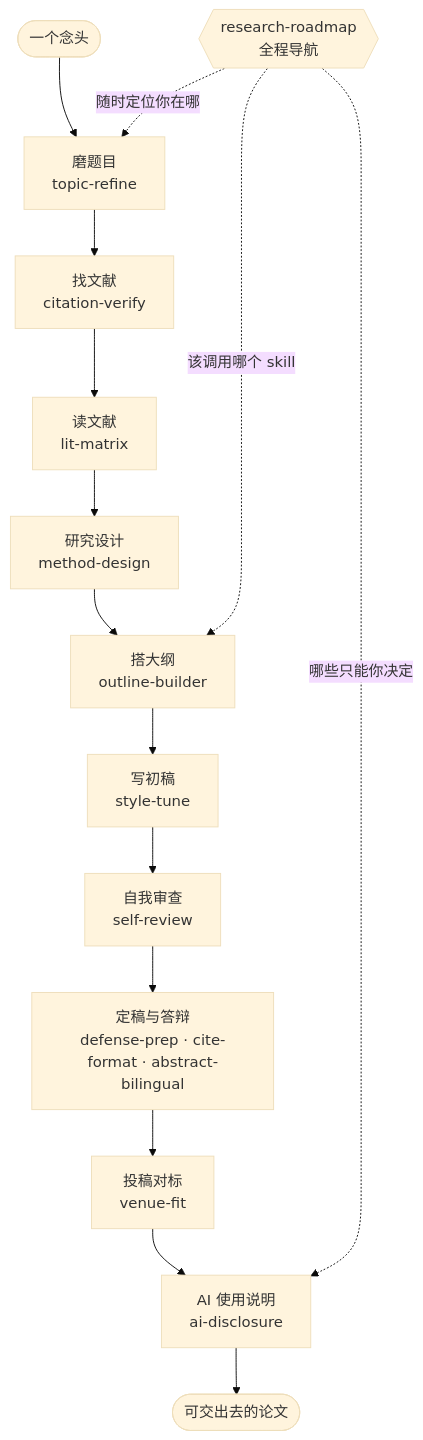
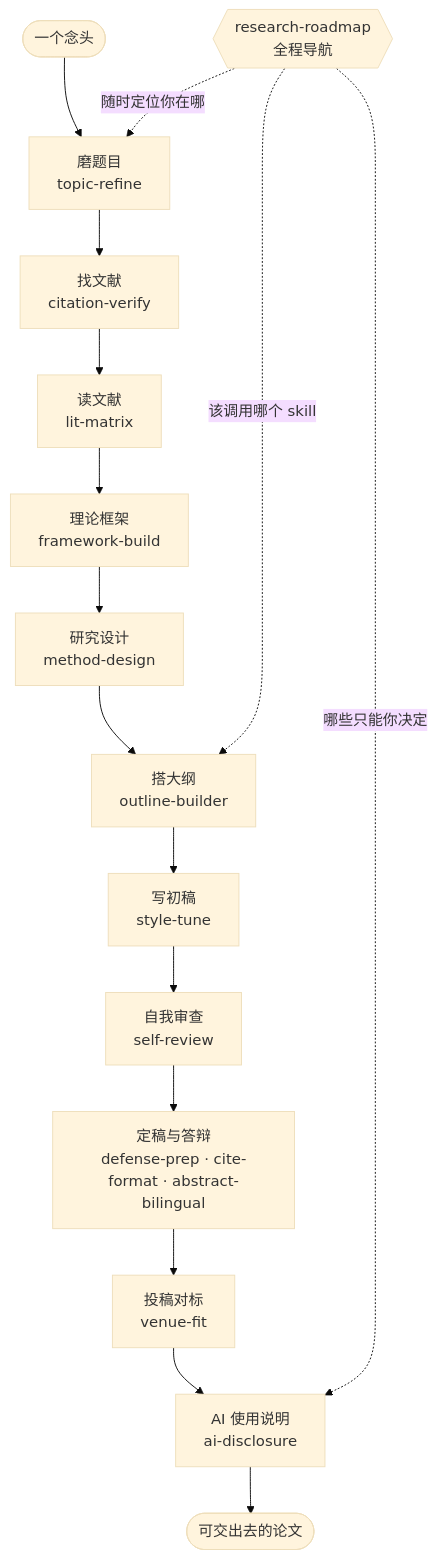
Before and after one commit to DylanChiang-Dev/liberal-arts-research-skills: the diagram in README.zh-CN.md, drawn with Mermaid (base theme). The commit also changed other lines of this file and 3 other files, not shown here.

Commit message:
docs: 四份 README 接入 framework-build（13→14）

````diff
--- a/README.zh-CN.md
+++ b/README.zh-CN.md
@@ -50,17 +50,18 @@
 ```mermaid
 flowchart TD
     Start([一个念头]) --> S1[磨题目<br/>topic-refine]
     S1 --> S2[找文献<br/>citation-verify]
     S2 --> S3[读文献<br/>lit-matrix]
-    S3 --> S4[研究设计<br/>method-design]
+    S3 --> SF[理论框架<br/>framework-build]
+    SF --> S4[研究设计<br/>method-design]
     S4 --> S5[搭大纲<br/>outline-builder]
     S5 --> S6[写初稿<br/>style-tune]
     S6 --> S7[自我审查<br/>self-review]
     S7 --> S8[定稿与答辩<br/>defense-prep · cite-format · abstract-bilingual]
     S8 --> S9[投稿对标<br/>venue-fit]
     S9 --> S10[AI 使用说明<br/>ai-disclosure]
     S10 --> End([可交出去的论文])
     RM{{research-roadmap<br/>全程导航}} -.随时定位你在哪.-> S1
     RM -.该调用哪个 skill.-> S5
     RM -.哪些只能你决定.-> S10
 ```
````
